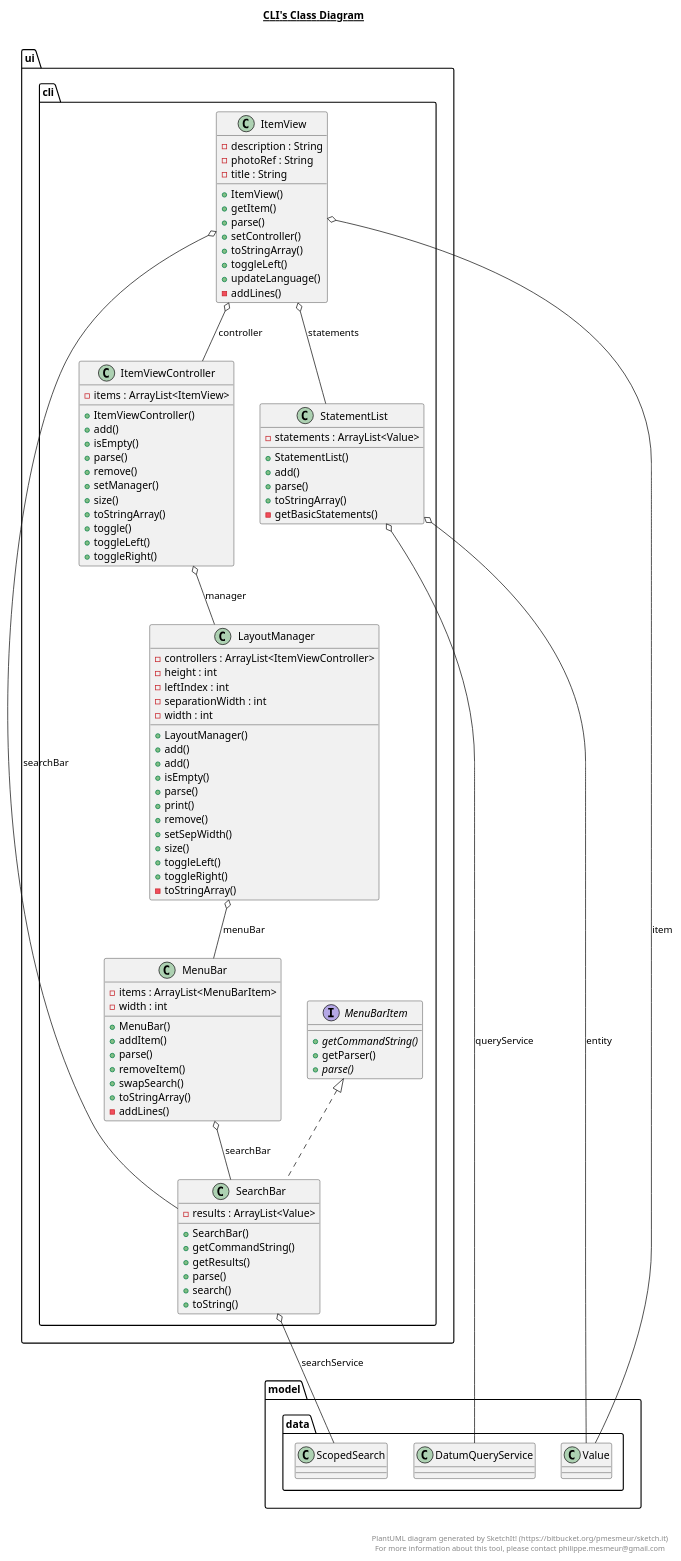
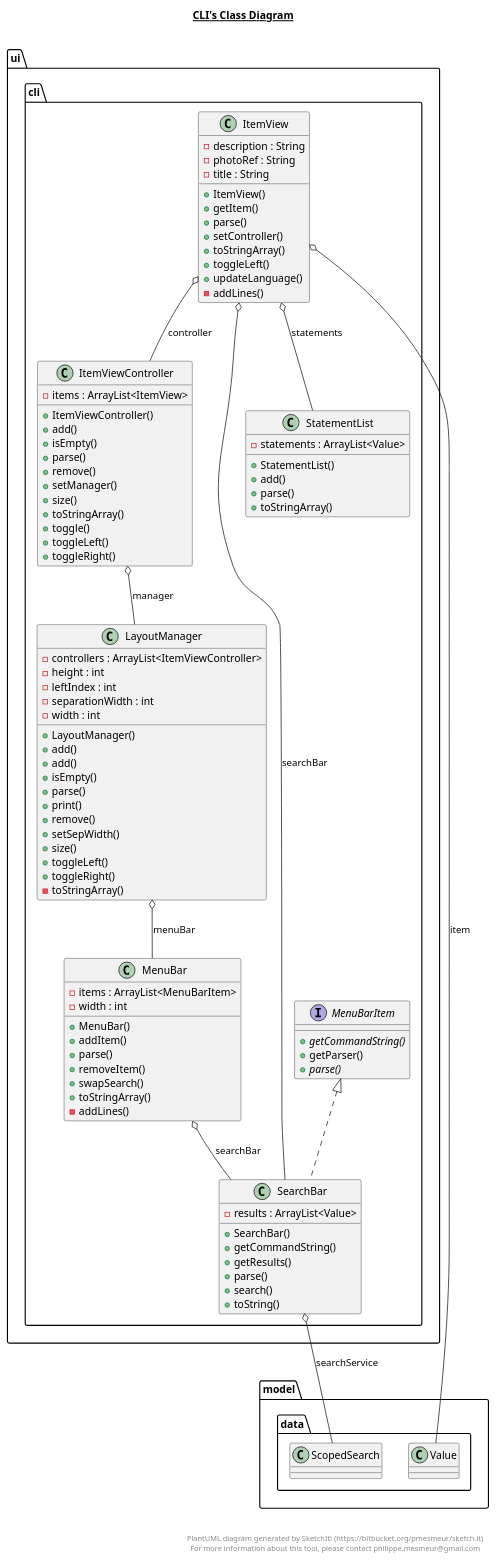
One commit to Bryce-MW/WikidataExplorer changed the diagram in src/main/ui/cli/cli.plantuml. Above: the diagram before and after it, drawn with PlantUML. The commit also changed 28 other files, not shown here.

Commit message:
Tested about as much as can reasonably be done without a lot of reflection. I've also updated diagrams, added an image diagram to the top level and a screenshot of my original UI design to the top level.

```diff
--- a/src/main/ui/cli/cli.plantuml
+++ b/src/main/ui/cli/cli.plantuml
@@ -1,146 +1,143 @@
 @startuml
 
 title __CLI's Class Diagram__\n
 
   namespace ui {
     namespace cli {
       class ui.cli.ItemView {
           - description : String
           - photoRef : String
           - title : String
           + ItemView()
           + getItem()
           + parse()
           + setController()
           + toStringArray()
           + toggleLeft()
           + updateLanguage()
           - addLines()
       }
     }
   }
   
 
   namespace ui {
     namespace cli {
       class ui.cli.ItemViewController {
           - items : ArrayList<ItemView>
           + ItemViewController()
           + add()
           + isEmpty()
           + parse()
           + remove()
           + setManager()
           + size()
           + toStringArray()
           + toggle()
           + toggleLeft()
           + toggleRight()
       }
     }
   }
   
 
   namespace ui {
     namespace cli {
       class ui.cli.LayoutManager {
           - controllers : ArrayList<ItemViewController>
           - height : int
           - leftIndex : int
           - separationWidth : int
           - width : int
           + LayoutManager()
           + add()
           + add()
           + isEmpty()
           + parse()
           + print()
           + remove()
           + setSepWidth()
           + size()
           + toggleLeft()
           + toggleRight()
           - toStringArray()
       }
     }
   }
   
 
   namespace ui {
     namespace cli {
       class ui.cli.MenuBar {
           - items : ArrayList<MenuBarItem>
           - width : int
           + MenuBar()
           + addItem()
           + parse()
           + removeItem()
           + swapSearch()
           + toStringArray()
           - addLines()
       }
     }
   }
   
 
   namespace ui {
     namespace cli {
       interface ui.cli.MenuBarItem {
           {abstract} + getCommandString()
           + getParser()
           {abstract} + parse()
       }
     }
   }
   
 
   namespace ui {
     namespace cli {
       class ui.cli.SearchBar {
           - results : ArrayList<Value>
           + SearchBar()
           + getCommandString()
           + getResults()
           + parse()
           + search()
           + toString()
       }
     }
   }
   
 
   namespace ui {
     namespace cli {
       class ui.cli.StatementList {
           - statements : ArrayList<Value>
           + StatementList()
           + add()
           + parse()
           + toStringArray()
-          - getBasicStatements()
       }
     }
   }
   
 
   ui.cli.ItemView o-- ui.cli.ItemViewController : controller
   ui.cli.ItemView o-- model.data.Value : item
   ui.cli.ItemView o-- ui.cli.SearchBar : searchBar
   ui.cli.ItemView o-- ui.cli.StatementList : statements
   ui.cli.ItemViewController o-- ui.cli.LayoutManager : manager
   ui.cli.LayoutManager o-- ui.cli.MenuBar : menuBar
   ui.cli.MenuBar o-- ui.cli.SearchBar : searchBar
   ui.cli.SearchBar .up.|> ui.cli.MenuBarItem
   ui.cli.SearchBar o-- model.data.ScopedSearch : searchService
-  ui.cli.StatementList o-- model.data.Value : entity
-  ui.cli.StatementList o-- model.data.DatumQueryService : queryService
 
 
 right footer
 
 
 PlantUML diagram generated by SketchIt! (https://bitbucket.org/pmesmeur/sketch.it)
 For more information about this tool, please contact philippe.mesmeur@gmail.com
 endfooter
 
 @enduml
```
